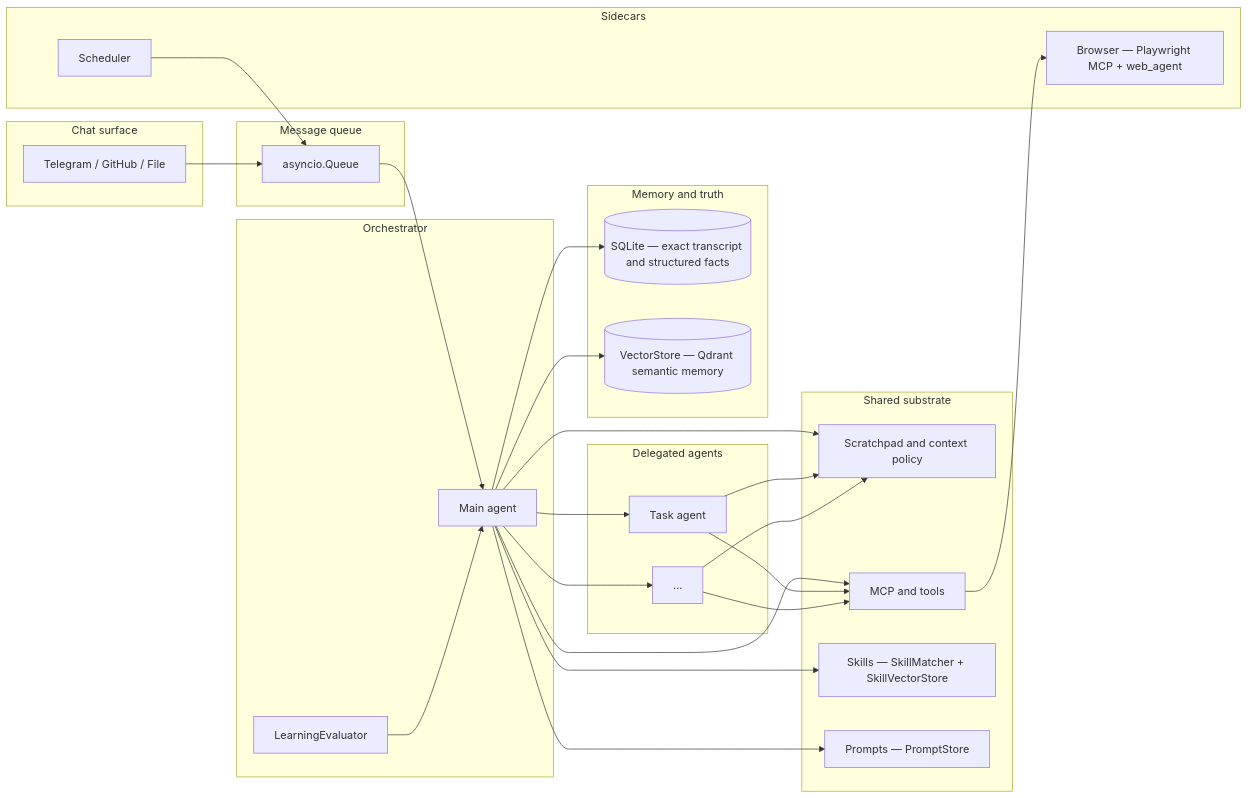
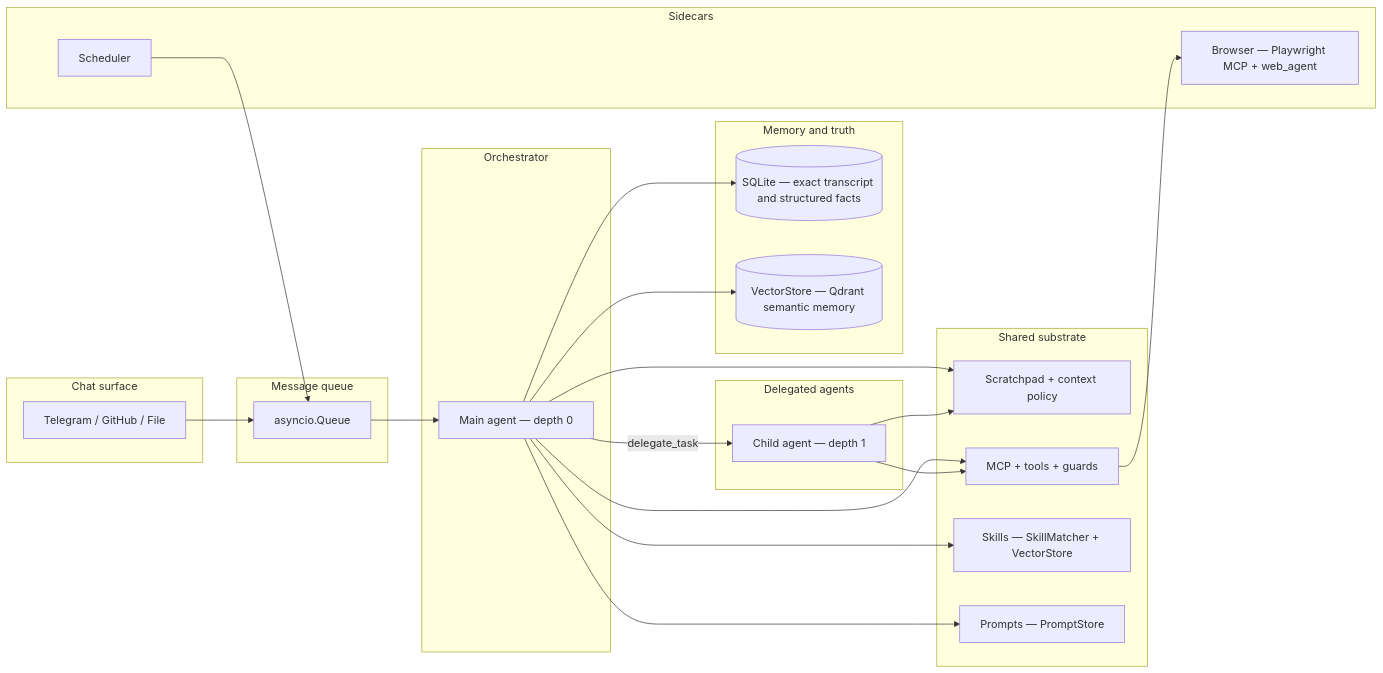
The first of 2 diagrams in ARCHITECTURE.md (peara/nanobot), drawn with Mermaid before and after one commit. The commit also changed other lines of this file and 7 other files, not shown here.

````diff
--- a/ARCHITECTURE.md
+++ b/ARCHITECTURE.md
@@ -19,55 +19,49 @@
 ```mermaid
 flowchart LR
     subgraph chat["Chat surface"]
         TG[Telegram / GitHub / File]
     end
 
     subgraph core["Orchestrator"]
-        O[Main agent]
-        EV[LearningEvaluator]
+        O[Main agent — depth 0]
     end
 
     subgraph workers["Delegated agents"]
-        W1[Task agent]
-        W2[...]
+        W1[Child agent — depth 1]
     end
 
     subgraph substrate["Shared substrate"]
-        SP[Scratchpad and context policy]
-        MCP[MCP and tools]
-        SK[Skills — SkillMatcher + SkillVectorStore]
+        SP[Scratchpad + context policy]
+        MCP[MCP + tools + guards]
+        SK[Skills — SkillMatcher + VectorStore]
         PS[Prompts — PromptStore]
     end
 
     subgraph data["Memory and truth"]
         SQL[(SQLite — exact transcript and structured facts)]
         VS[(VectorStore — Qdrant semantic memory)]
     end
 
     subgraph sidecar["Sidecars"]
         SCH[Scheduler]
         BR[Browser — Playwright MCP + web_agent]
     end
 
     subgraph queue["Message queue"]
         MQ[asyncio.Queue]
     end
 
     TG --> MQ
     MQ --> O
-    O --> W1
-    O --> W2
+    O -- "delegate_task" --> W1
     O --> SP
     W1 --> SP
-    W2 --> SP
     O --> MCP
     W1 --> MCP
-    W2 --> MCP
     O --> SK
     MCP --> BR
     O --> SQL
     O --> VS
-    EV --> O
     SCH --> MQ
     O --> PS
 ```
````
